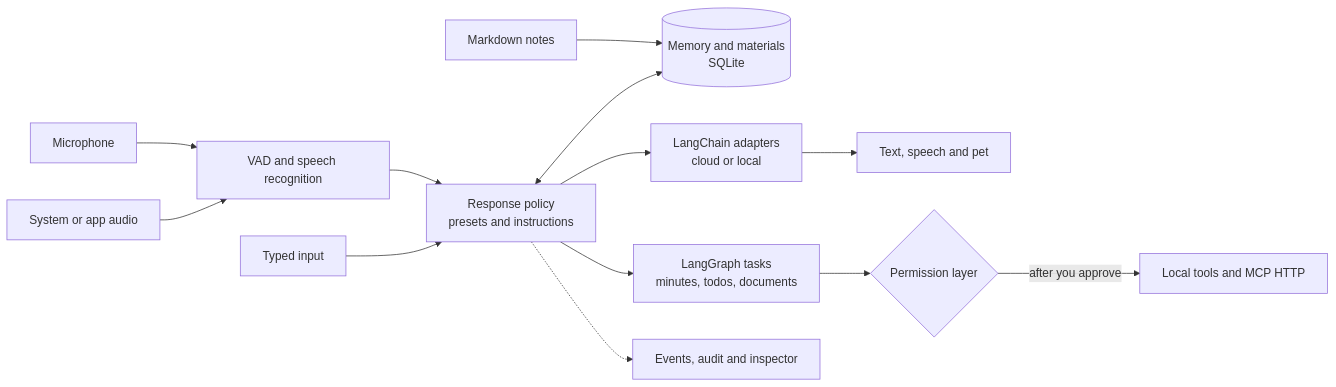
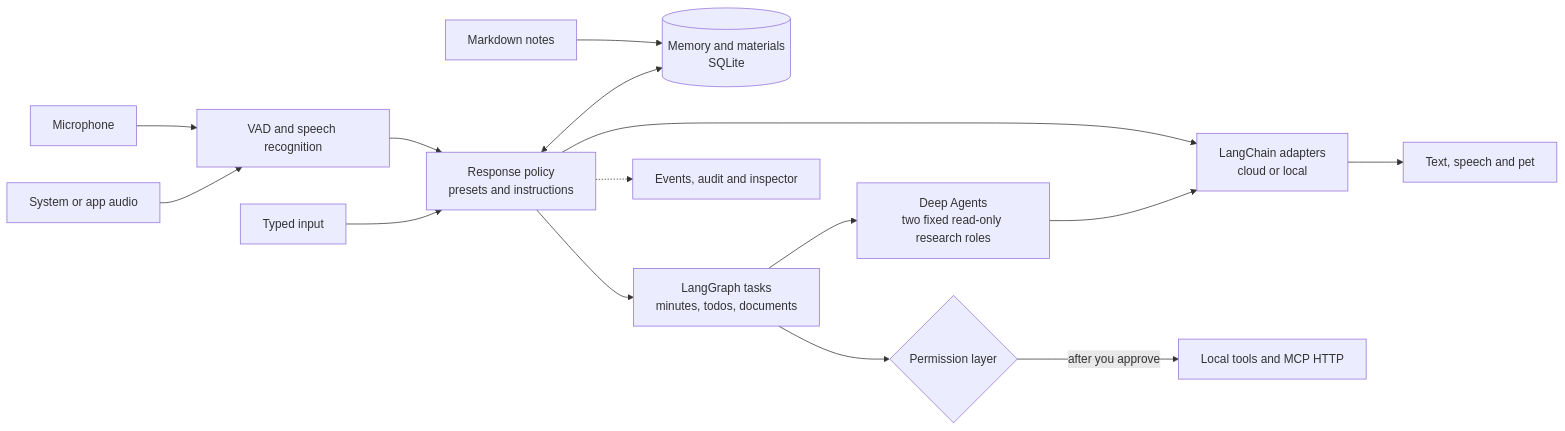
Before and after one commit to MuzeAnisichael/GreatSage: the diagram in README.en.md, drawn with Mermaid. The commit also changed other lines of this file and 12 other files, not shown here.

Commit message:
docs(v0.7): map research architecture and delivery boundaries

````diff
--- a/README.en.md
+++ b/README.en.md
@@ -150,15 +155,17 @@
 ```mermaid
 flowchart LR
     Mic[Microphone] --> ASR[VAD and speech recognition]
     Desktop[System or app audio] --> ASR
     ASR --> Runtime[Response policy<br/>presets and instructions]
     Text[Typed input] --> Runtime
     Docs[Markdown notes] --> Memory[(Memory and materials<br/>SQLite)]
     Runtime <--> Memory
     Runtime --> LLM[LangChain adapters<br/>cloud or local]
     LLM --> Output[Text, speech and pet]
     Runtime --> Tasks[LangGraph tasks<br/>minutes, todos, documents]
+    Tasks --> Research[Deep Agents<br/>two fixed read-only research roles]
+    Research --> LLM
     Tasks --> Policy{Permission layer}
     Policy -->|after you approve| Tools[Local tools and MCP HTTP]
     Runtime -.-> Audit[Events, audit and inspector]
 ```
````
